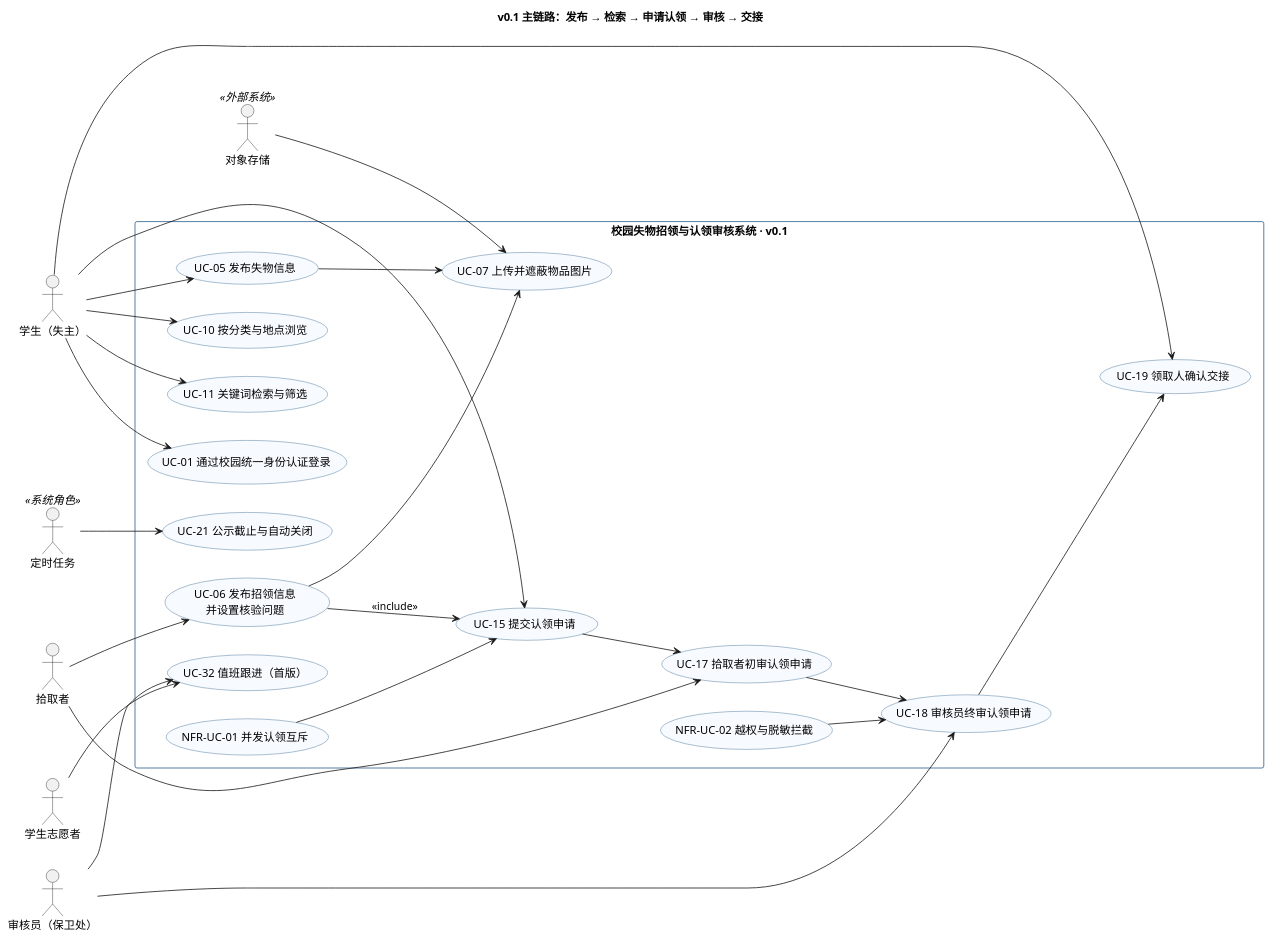
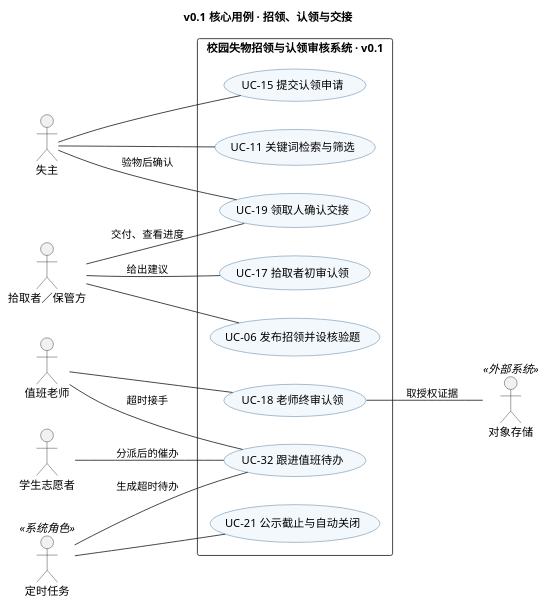
One commit to phao90016-jpg/Tongji-campus-lost-found changed the diagram in models/usecase/usecase-v01.puml. Above: the diagram before and after it, drawn with PlantUML. The commit also changed 30 other files, not shown here.

Commit message:
docs: 修正用例图和通知时序图

```diff
--- a/models/usecase/usecase-v01.puml
+++ b/models/usecase/usecase-v01.puml
@@ -1,69 +1,42 @@
 @startuml usecase-v01
-' ============================================================
-' 校园失物招领与认领审核系统 · v0.1（迭代 1）主链路用例图
-' 用途：课堂讲解（8 分钟）与 v0.1 验收
-' 完整用例见 docs/02-需求规约/用例清单.md
-' ============================================================
-title v0.1 主链路：发布 → 检索 → 申请认领 → 审核 → 交接
-
+title v0.1 核心用例 · 招领、认领与交接
+skinparam defaultFontName "PingFang SC"
 skinparam shadowing false
-skinparam defaultFontName "Microsoft YaHei"
 skinparam usecase {
-  BackgroundColor #F7FBFF
-  BorderColor #2C5F8A
-}
-skinparam rectangle {
-  BackgroundColor #FFFFFF
+  BackgroundColor #F3F8FC
   BorderColor #2C5F8A
 }
 left to right direction
 
-actor "学生（失主）" as STU
-actor "拾取者" as FINDER
-actor "审核员（保卫处）" as REVIEWER
+
+actor "失主" as STU
+actor "拾取者／保管方" as FINDER
+actor "值班老师" as REVIEWER
 actor "学生志愿者" as VOL
 actor "定时任务" as SCHED <<系统角色>>
 actor "对象存储" as OSS <<外部系统>>
 
 rectangle "校园失物招领与认领审核系统 · v0.1" {
-  usecase "UC-01 通过校园统一身份认证登录" as UC01
-  usecase "UC-05 发布失物信息" as UC05
-  usecase "UC-06 发布招领信息\n并设置核验问题" as UC06
-  usecase "UC-07 上传并遮蔽物品图片" as UC07
-  usecase "UC-10 按分类与地点浏览" as UC10
+  usecase "UC-06 发布招领并设核验题" as UC06
   usecase "UC-11 关键词检索与筛选" as UC11
   usecase "UC-15 提交认领申请" as UC15
-  usecase "UC-17 拾取者初审认领申请" as UC17
-  usecase "UC-18 审核员终审认领申请" as UC18
+  usecase "UC-17 拾取者初审认领" as UC17
+  usecase "UC-18 老师终审认领" as UC18
   usecase "UC-19 领取人确认交接" as UC19
   usecase "UC-21 公示截止与自动关闭" as UC21
-  usecase "UC-32 值班跟进（首版）" as UC32
-  usecase "NFR-UC-01 并发认领互斥" as NFR01
-  usecase "NFR-UC-02 越权与脱敏拦截" as NFR02
+  usecase "UC-32 跟进值班待办" as UC32
 }
 
-STU --> UC01
-STU --> UC05
-STU --> UC10
-STU --> UC11
-STU --> UC15
-STU --> UC19
-FINDER --> UC06
-FINDER --> UC17
-REVIEWER --> UC18
-REVIEWER --> UC32
-VOL --> UC32
-SCHED --> UC21
-
-UC05 --> UC07
-UC06 --> UC07
-UC06 --> UC15 : <<include>>
-UC15 --> UC17
-UC17 --> UC18
-UC18 --> UC19
-
-NFR01 --> UC15
-NFR02 --> UC18
-OSS --> UC07
-
+STU -- UC11
+STU -- UC15
+STU -- UC19 : 验物后确认
+FINDER -- UC06
+FINDER -- UC17 : 给出建议
+FINDER -- UC19 : 交付、查看进度
+REVIEWER -- UC18
+REVIEWER -- UC32 : 超时接手
+VOL -- UC32 : 分派后的催办
+SCHED -- UC21
+SCHED -- UC32 : 生成超时待办
+UC18 -- OSS : 取授权证据
 @enduml
```
